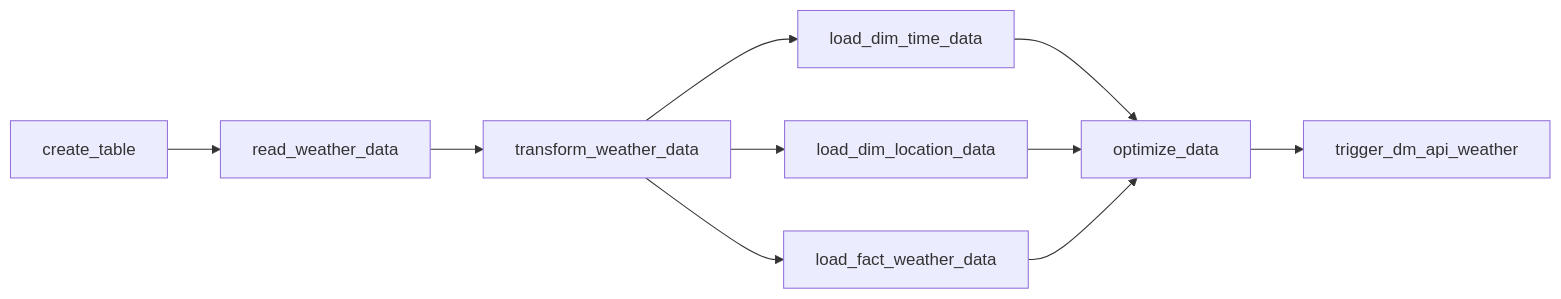
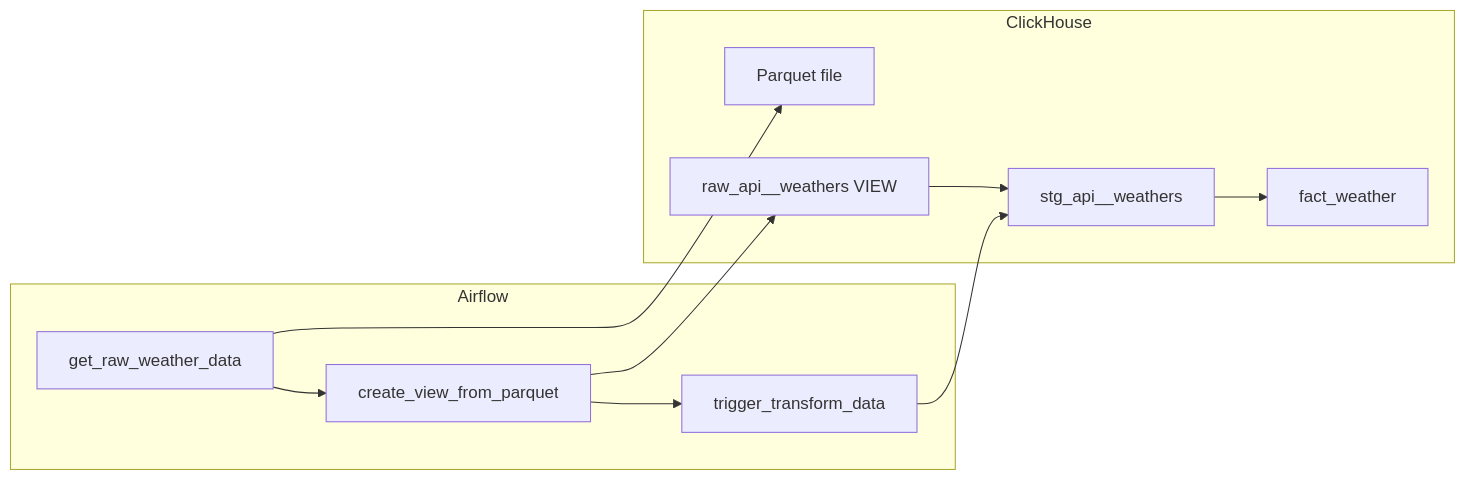
One commit to Marvisyeh/ETL-with-Apache-Airflow changed the diagram in README.md. Above: the diagram before and after it, drawn with Mermaid. The commit also changed other lines of this file, not shown here.

````diff
--- a/README.md
+++ b/README.md
@@ -39,12 +43,18 @@
 ```mermaid
 graph LR
-A[create_table] --> B[read_weather_data]
-B --> C[transform_weather_data]
-C --> D[load_dim_time_data]
-C --> E[load_dim_location_data]
-C --> G[load_fact_weather_data]
-D --> F[optimize_data]
-E --> F
-G --> F
-F --> H[trigger_dm_api_weather]
+  subgraph Airflow
+    A[get_raw_weather_data] --> B[create_view_from_parquet]
+    B --> C[trigger_transform_data]
+  end
+  subgraph ClickHouse
+    D[Parquet file]
+    E[raw_api__weathers VIEW]
+    F[stg_api__weathers]
+    G[fact_weather]
+  end
+  A --> D
+  B --> E
+  C --> F
+  E --> F
+  F --> G
 ```
````
